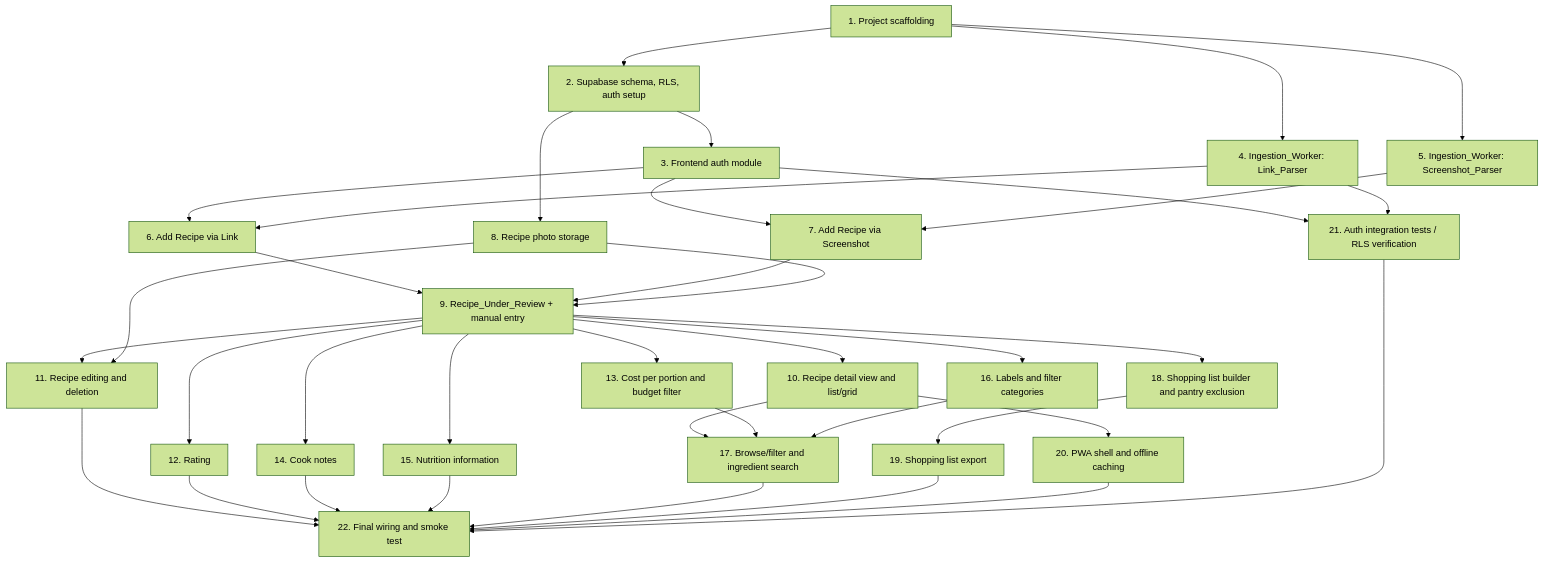
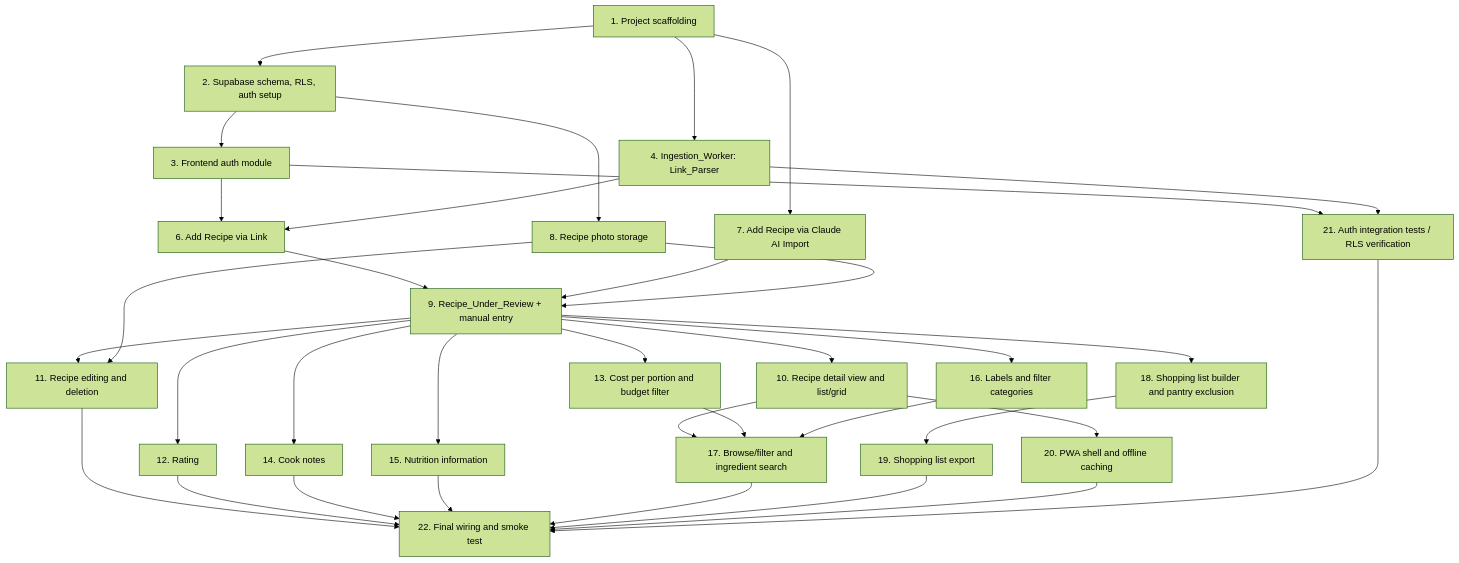
Before and after one commit to FlowOperator/recipes: the diagram in .kiro/specs/personal-recipe-website/tasks.md, drawn with Mermaid (forest theme). The commit also changed other lines of this file and 3 other files, not shown here.

Commit message:
Replace paid Claude API screenshot ingestion with free client-side Claude AI paste-import

````diff
--- a/.kiro/specs/personal-recipe-website/tasks.md
+++ b/.kiro/specs/personal-recipe-website/tasks.md
@@ -9,39 +11,37 @@
 ```mermaid
 graph TD
     T1["1. Project scaffolding"] --> T2["2. Supabase schema, RLS, auth setup"]
     T2 --> T3["3. Frontend auth module"]
     T1 --> T4["4. Ingestion_Worker: Link_Parser"]
-    T1 --> T5["5. Ingestion_Worker: Screenshot_Parser"]
     T3 --> T6["6. Add Recipe via Link"]
     T4 --> T6
-    T3 --> T7["7. Add Recipe via Screenshot"]
-    T5 --> T7
+    T1 --> T7["7. Add Recipe via Claude AI Import"]
     T2 --> T8["8. Recipe photo storage"]
     T6 --> T9["9. Recipe_Under_Review + manual entry"]
     T7 --> T9
     T8 --> T9
     T9 --> T10["10. Recipe detail view and list/grid"]
     T9 --> T11["11. Recipe editing and deletion"]
     T8 --> T11
     T9 --> T12["12. Rating"]
     T9 --> T13["13. Cost per portion and budget filter"]
     T9 --> T14["14. Cook notes"]
     T9 --> T15["15. Nutrition information"]
     T9 --> T16["16. Labels and filter categories"]
     T10 --> T17["17. Browse/filter and ingredient search"]
     T13 --> T17
     T16 --> T17
     T9 --> T18["18. Shopping list builder and pantry exclusion"]
     T18 --> T19["19. Shopping list export"]
     T10 --> T20["20. PWA shell and offline caching"]
     T3 --> T21["21. Auth integration tests / RLS verification"]
     T4 --> T21
     T11 --> T22["22. Final wiring and smoke test"]
     T12 --> T22
     T14 --> T22
     T15 --> T22
     T17 --> T22
     T19 --> T22
     T20 --> T22
     T21 --> T22
 ```
````
